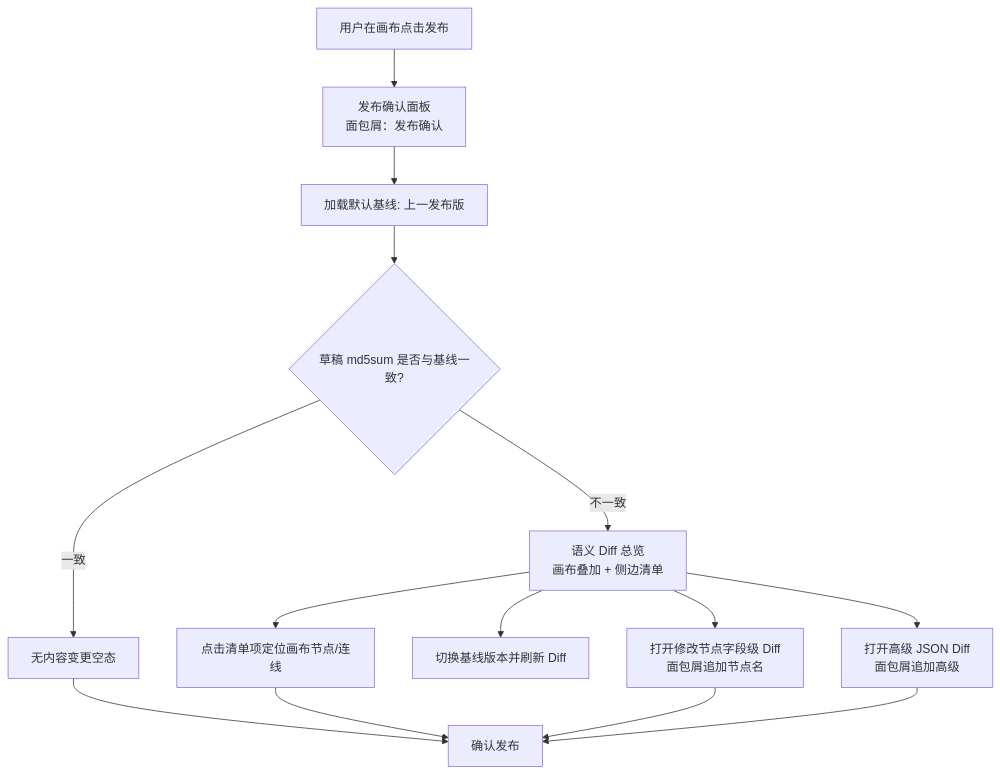
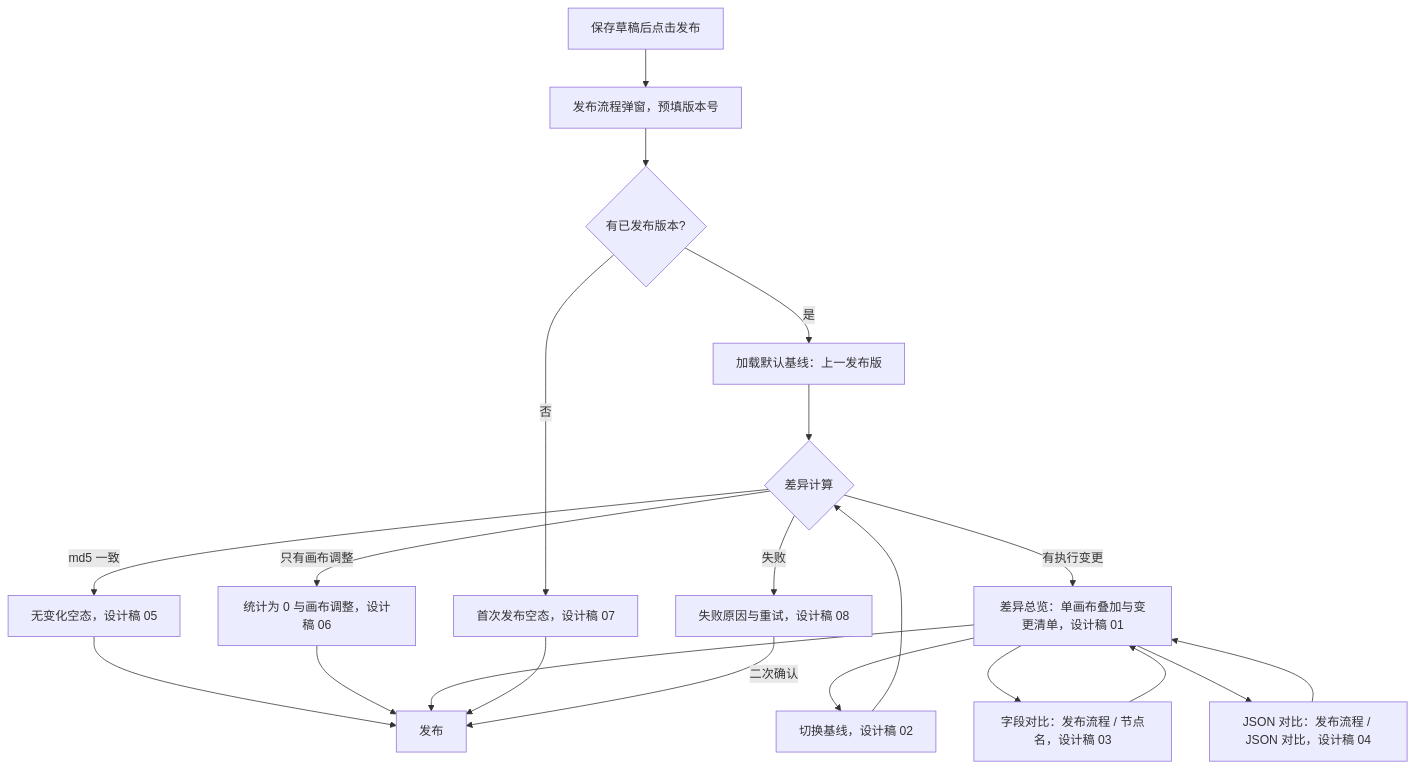
One commit to TencentBlueKing/BKFlow changed the diagram in prototypes/output/template-version-diff/README.md. Above: the diagram before and after it, drawn with Mermaid. The commit also changed other lines of this file and 37 other files, not shown here.

````diff
--- a/prototypes/output/template-version-diff/README.md
+++ b/prototypes/output/template-version-diff/README.md
@@ -47,16 +41,23 @@
 ```mermaid
 flowchart TD
-    A[用户在画布点击发布] --> B[发布确认面板<br/>面包屑：发布确认]
-    B --> E[加载默认基线: 上一发布版]
-    E --> F{草稿 md5sum 是否与基线一致?}
-    F -->|一致| G[无内容变更空态]
-    F -->|不一致| H[语义 Diff 总览<br/>画布叠加 + 侧边清单]
-    H --> I[点击清单项定位画布节点/连线]
-    H --> J[切换基线版本并刷新 Diff]
-    H --> K[打开修改节点字段级 Diff<br/>面包屑追加节点名]
-    H --> L[打开高级 JSON Diff<br/>面包屑追加高级]
-    G --> M[确认发布]
-    I --> M
-    K --> M
-    L --> M
+    A[保存草稿后点击发布] --> B[发布流程弹窗，预填版本号]
+    B --> C{有已发布版本?}
+    C -->|否| N1[首次发布空态，设计稿 07]
+    C -->|是| E[加载默认基线：上一发布版]
+    E --> F{差异计算}
+    F -->|失败| ER[失败原因与重试，设计稿 08]
+    F -->|md5 一致| G[无变化空态，设计稿 05]
+    F -->|只有画布调整| LY[统计为 0 与画布调整，设计稿 06]
+    F -->|有执行变更| H[差异总览：单画布叠加与变更清单，设计稿 01]
+    H --> I[切换基线，设计稿 02]
+    I --> F
+    H --> K[字段对比：发布流程 / 节点名，设计稿 03]
+    H --> L[JSON 对比：发布流程 / JSON 对比，设计稿 04]
+    K --> H
+    L --> H
+    G --> M[发布]
+    LY --> M
+    H --> M
+    N1 --> M
+    ER -->|二次确认| M
 ```
````
